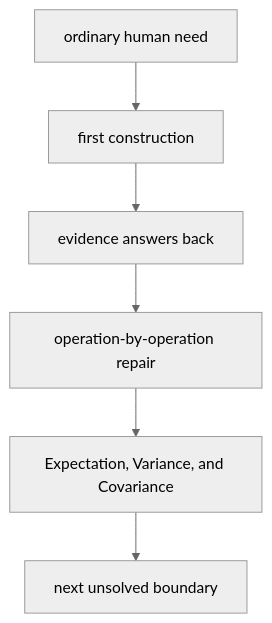
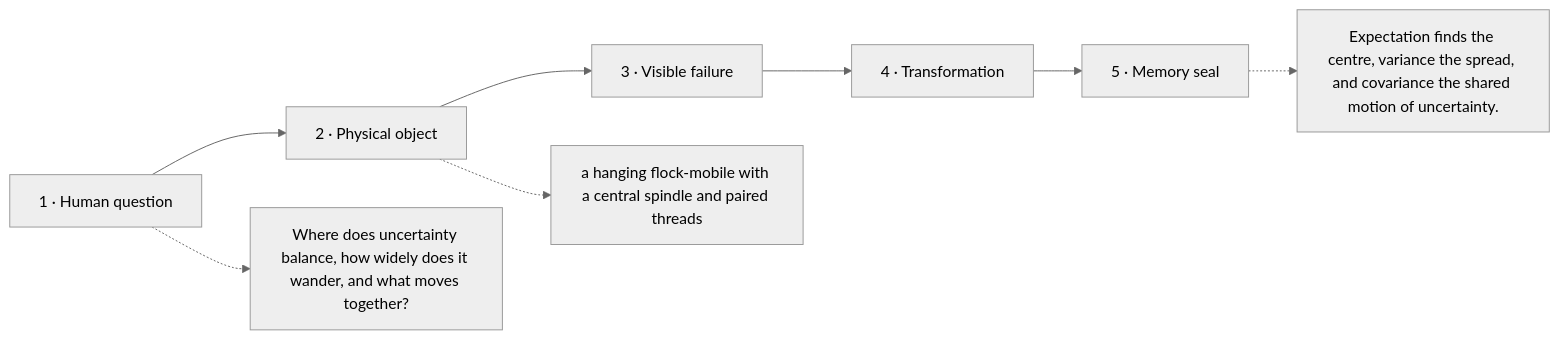
Before and after one commit to kleem-labs/AI-Archaeology: the diagram in excavations/218-expectation-variance-covariance/diagram.md, drawn with Mermaid (neutral theme). The commit also changed other lines of this file and 117 other files, not shown here.

````diff
--- a/excavations/218-expectation-variance-covariance/diagram.md
+++ b/excavations/218-expectation-variance-covariance/diagram.md
@@ -3,8 +5,10 @@
 ```mermaid
-flowchart TD
-  A["ordinary human need"] --> B["first construction"]
-  B --> C["evidence answers back"]
-  C --> D["operation-by-operation repair"]
-  D --> E["Expectation, Variance, and Covariance"]
-  E --> F["next unsolved boundary"]
+flowchart LR
+  Q["1 · Human question"] --> O["2 · Physical object"]
+  O --> F["3 · Visible failure"]
+  F --> T["4 · Transformation"]
+  T --> S["5 · Memory seal"]
+  Q -.-> QD["Where does uncertainty balance, how widely does it wander, and what moves together?"]
+  O -.-> OD["a hanging flock-mobile with a central spindle and paired threads"]
+  S -.-> SD["Expectation finds the centre, variance the spread, and covariance the shared motion of uncertainty."]
 ```
````
